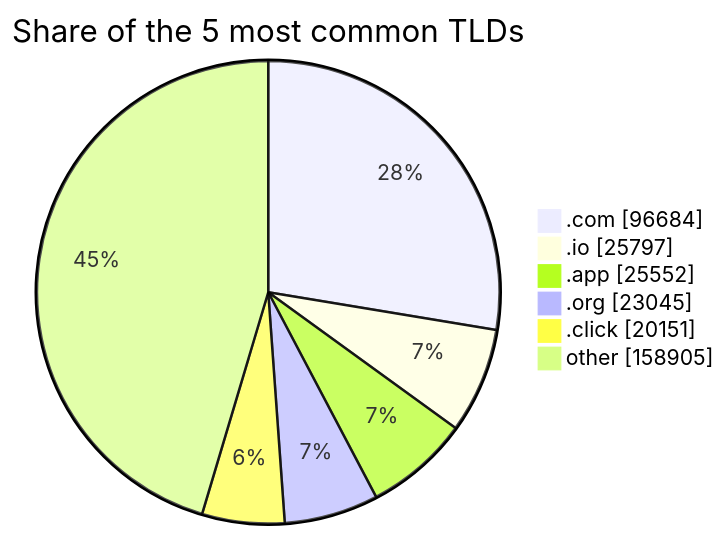
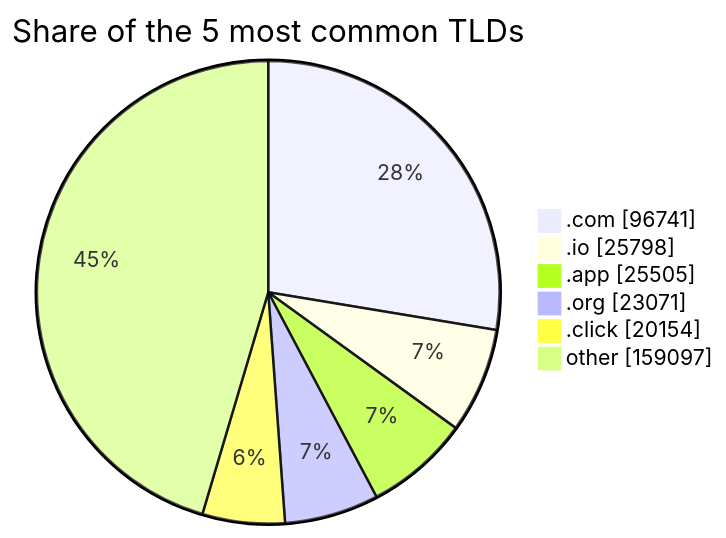
One commit to DNSBunker/CTI changed the third of 3 diagrams in README.md. Above: the diagram before and after it, drawn with Mermaid. The commit also changed other lines of this file and 3 other files, not shown here.

````diff
--- a/README.md
+++ b/README.md
@@ -81,9 +81,9 @@
 ```mermaid
 pie showData title Share of the 5 most common TLDs
-    ".com" : 96684
-    ".io" : 25797
-    ".app" : 25552
-    ".org" : 23045
-    ".click" : 20151
-    "other" : 158905
+    ".com" : 96741
+    ".io" : 25798
+    ".app" : 25505
+    ".org" : 23071
+    ".click" : 20154
+    "other" : 159097
 ```
````
